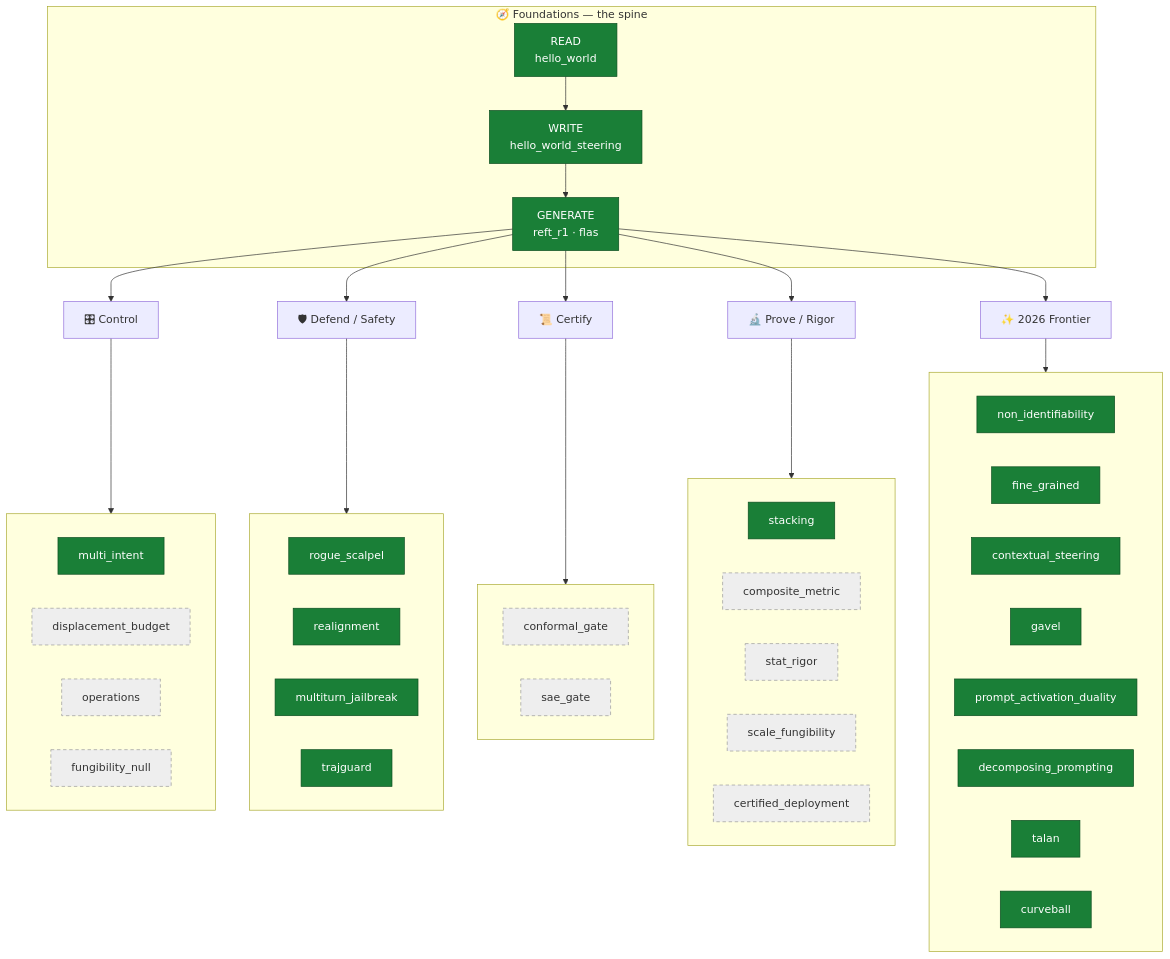
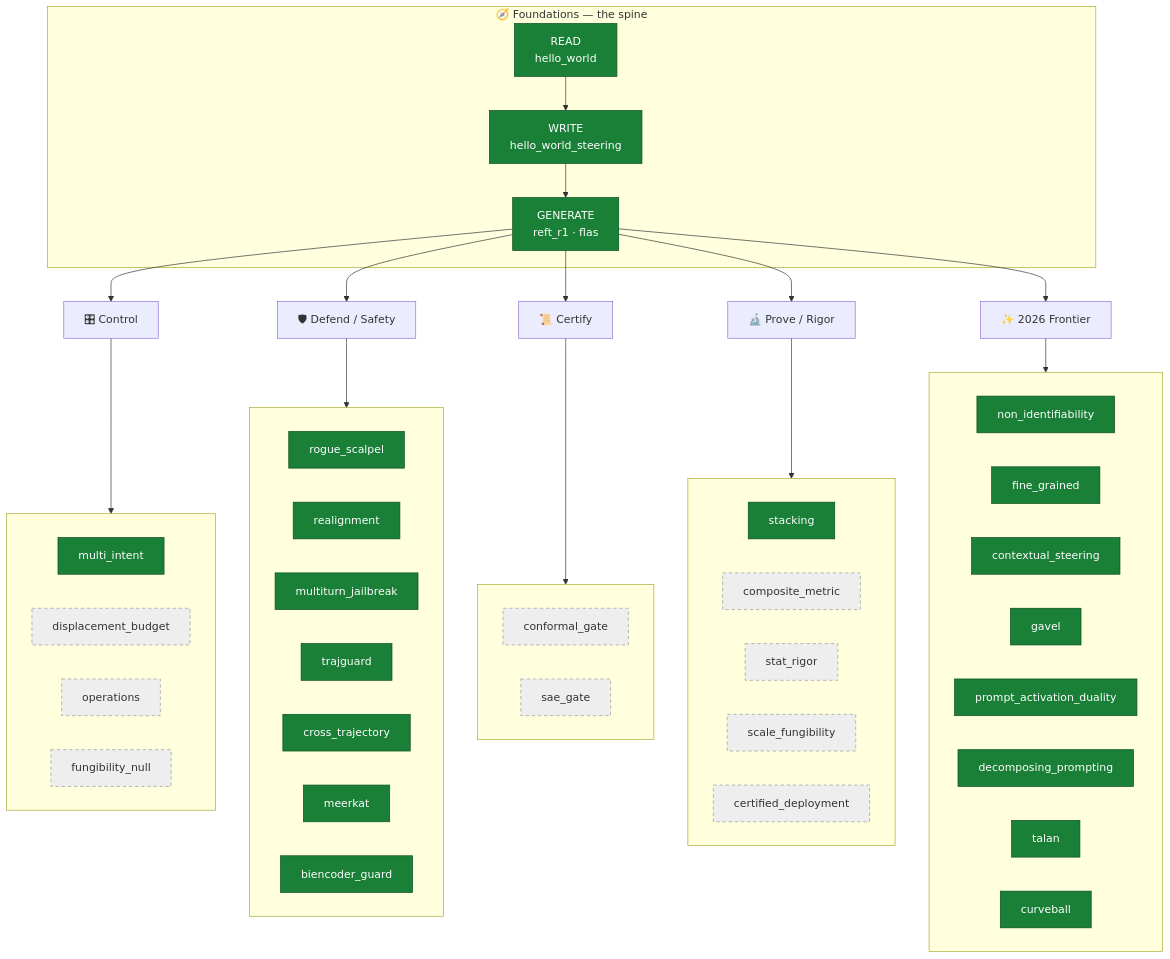
One commit to dlmastery/steeringresearch changed the first of 2 diagrams in steering_tutorials/README.md. Above: the diagram before and after it, drawn with Mermaid. The commit also changed other lines of this file and 1 other file, not shown here.

Commit message:
docs: add cross_trajectory/meerkat/biencoder_guard to course README + extend CLAUDE.md rubric
Main README: Defend table + arc diagram + honest-results now list the trajectory/
guardrail-detection family with full-title arXiv refs. CLAUDE.md 17: strengthen the
arXiv-citation mandate (authors+venue+relevance, WebFetch-verified), add rules for
length/confound-matched negatives, the detection-family map, the spine-anchor
multi-team pattern, and the auto-redteam authorized-research safety posture.

```diff
--- a/steering_tutorials/README.md
+++ b/steering_tutorials/README.md
@@ -54,6 +54,9 @@
         D2["realignment"]:::built
         D3["multiturn_jailbreak"]:::built
         D4["trajguard"]:::built
+        D5["cross_trajectory"]:::built
+        D6["meerkat"]:::built
+        D7["biencoder_guard"]:::built
     end
     DEF --> DEF_S
 
@@ -95,6 +98,9 @@
     click D2 "realignment/README.md"
     click D3 "multiturn_jailbreak/README.md"
     click D4 "trajguard/README.md"
+    click D5 "cross_trajectory/README.md"
+    click D6 "meerkat/README.md"
+    click D7 "biencoder_guard/README.md"
     click P1 "stacking/README.md"
     click F1 "non_identifiability/README.md"
     click F2 "fine_grained/README.md"
```
